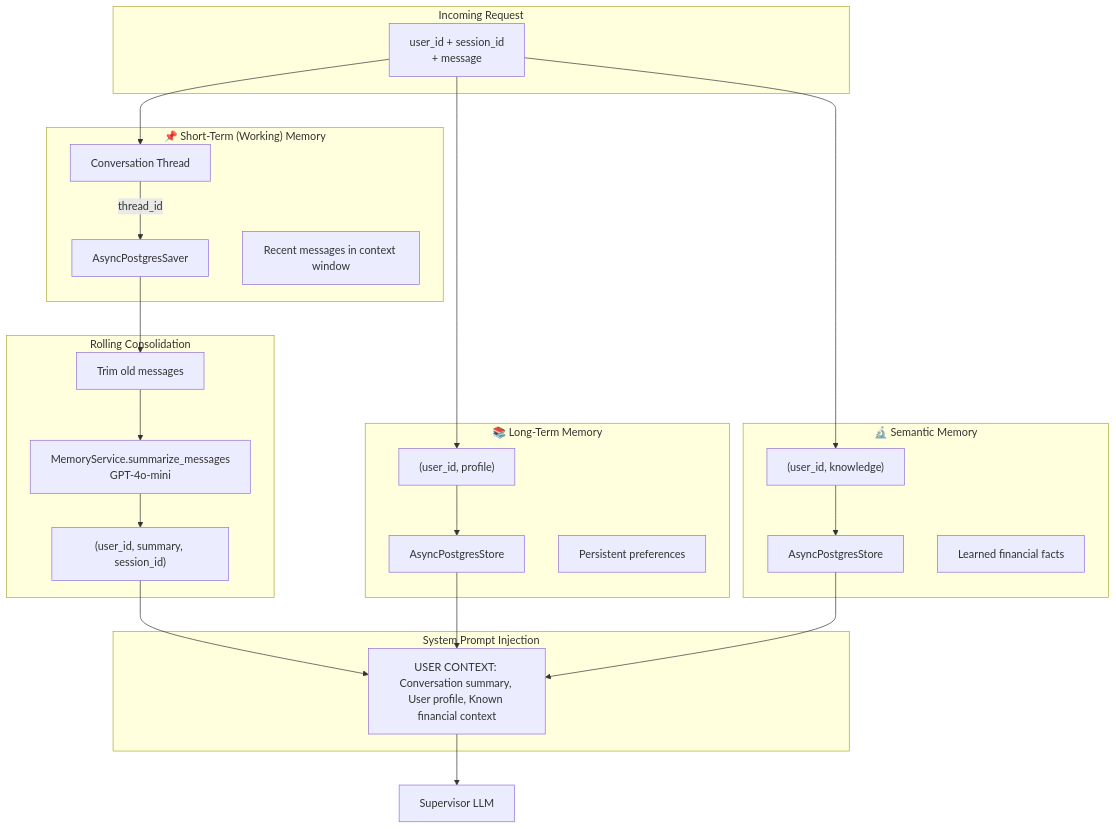
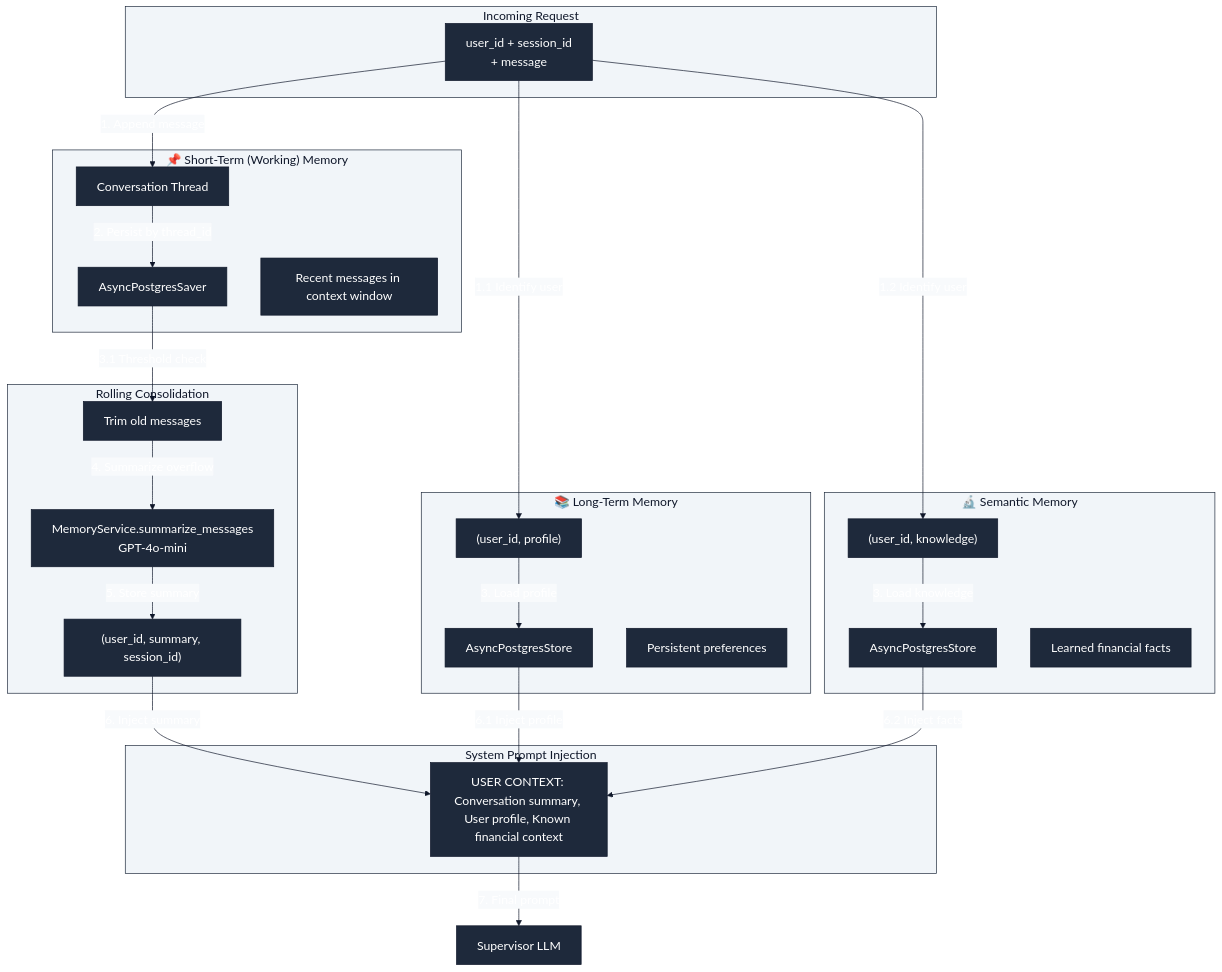
Before and after one commit to adrian-barcan/AIE9-Certification-Challenge: the fourth of 6 diagrams in README.md, drawn with Mermaid. The commit also changed other lines of this file and 15 other files, not shown here.

````diff
--- a/README.md
+++ b/README.md
@@ -169,48 +172,49 @@
 ```mermaid
+%%{init: {'theme':'base', 'themeVariables': {'primaryColor':'#1e293b','primaryTextColor':'#ffffff','primaryBorderColor':'#0f172a','secondaryColor':'#334155','secondaryTextColor':'#ffffff','secondaryBorderColor':'#0f172a','tertiaryColor':'#475569','tertiaryTextColor':'#ffffff','tertiaryBorderColor':'#0f172a','lineColor':'#0f172a','fontSize':'18px','edgeLabelBackground':'#f8fafc','nodeBorder':'#0f172a','nodeTextColor':'#ffffff','clusterBkg':'#f1f5f9','clusterBorder':'#1e293b','titleColor':'#0f172a'}}}%%
 flowchart TB
     subgraph UserRequest["Incoming Request"]
         Req[user_id + session_id<br/>+ message]
     end
 
     subgraph ShortTerm["📌 Short-Term (Working) Memory"]
         Thread[Conversation Thread]
         Checkpointer[AsyncPostgresSaver]
-        Thread -->|thread_id| Checkpointer
+        Thread -->|"2. Persist by thread_id"| Checkpointer
         Note1["Recent messages in context window"]
     end
 
     subgraph Consolidation["Rolling Consolidation"]
         Trim[Trim old messages]
         Summarize[MemoryService.summarize_messages<br/>GPT-4o-mini]
         SummaryKey["(user_id, summary, session_id)"]
-        Trim --> Summarize
-        Summarize --> SummaryKey
+        Trim -->|"4. Summarize overflow"| Summarize
+        Summarize -->|"5. Store summary"| SummaryKey
     end
 
     subgraph LongTerm["📚 Long-Term Memory"]
         ProfileNS["(user_id, profile)"]
         ProfileStore[AsyncPostgresStore]
-        ProfileNS --> ProfileStore
+        ProfileNS -->|"3. Load profile"| ProfileStore
         Note2["Persistent preferences"]
     end
 
     subgraph Semantic["🔬 Semantic Memory"]
         KnowledgeNS["(user_id, knowledge)"]
         KnowledgeStore[AsyncPostgresStore]
-        KnowledgeNS --> KnowledgeStore
+        KnowledgeNS -->|"3. Load knowledge"| KnowledgeStore
         Note3["Learned financial facts"]
     end
 
     subgraph Prompt["System Prompt Injection"]
         UserContext["USER CONTEXT: Conversation summary, User profile, Known financial context"]
     end
 
-    Req --> Thread
-    Req --> ProfileNS
-    Req --> KnowledgeNS
-    Checkpointer --> Trim
-    SummaryKey --> UserContext
-    ProfileStore --> UserContext
-    KnowledgeStore --> UserContext
-    UserContext --> Supervisor[Supervisor LLM]
+    Req -->|"1. Append message"| Thread
+    Req -->|"1.1 Identify user"| ProfileNS
+    Req -->|"1.2 Identify user"| KnowledgeNS
+    Checkpointer -->|"3.1 Threshold check"| Trim
+    SummaryKey -->|"6. Inject summary"| UserContext
+    ProfileStore -->|"6.1 Inject profile"| UserContext
+    KnowledgeStore -->|"6.2 Inject facts"| UserContext
+    UserContext -->|"7. Final prompt"| Supervisor[Supervisor LLM]
 ```
````
